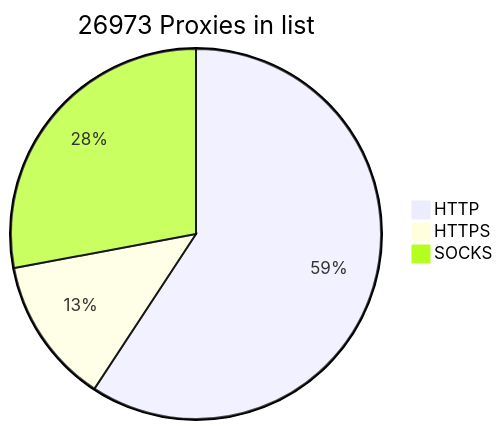
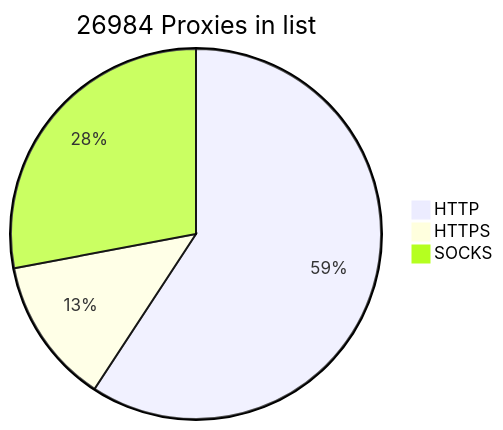
The diagram in README.md (BlackSnowDot/proxylist-update-every-minute), drawn with Mermaid before and after one commit.

````diff
--- a/README.md
+++ b/README.md
@@ -2,6 +2,6 @@
 ```mermaid
-pie title 26973 Proxies in list
-    "HTTP" : 17588
-    "HTTPS": 3802
-    "SOCKS" : 8298
+pie title 26984 Proxies in list
+    "HTTP" : 17589
+    "HTTPS": 3804
+    "SOCKS" : 8304
 ```
````
